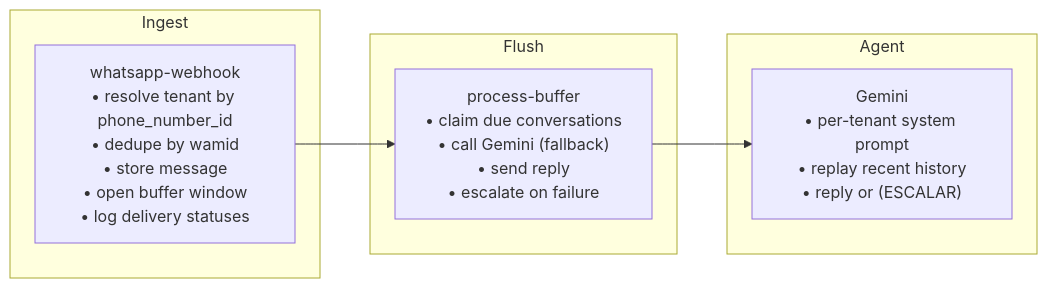
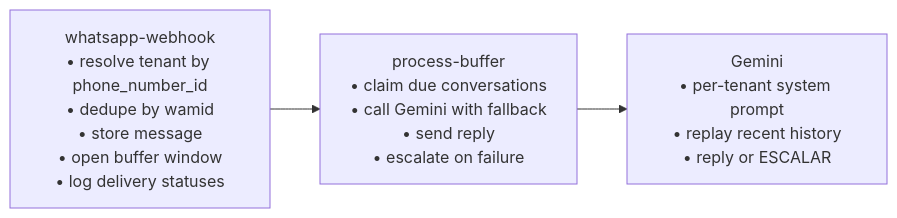
One commit to brunoSlacerda/orocatto-architecture changed the fourth of 4 diagrams in docs/diagrams.md. Above: the diagram before and after it, drawn with Mermaid. The commit also changed other lines of this file, not shown here.

Commit message:
diagrams

````diff
--- a/docs/diagrams.md
+++ b/docs/diagrams.md
@@ -96,14 +84,8 @@
 ```mermaid
 flowchart LR
-    subgraph Ingest
-        WH["whatsapp-webhook<br/>• resolve tenant by phone_number_id<br/>• dedupe by wamid<br/>• store message<br/>• open buffer window<br/>• log delivery statuses"]
-    end
-    subgraph Flush
-        PB["process-buffer<br/>• claim due conversations<br/>• call Gemini (fallback)<br/>• send reply<br/>• escalate on failure"]
-    end
-    subgraph Agent
-        G["Gemini<br/>• per-tenant system prompt<br/>• replay recent history<br/>• reply or (ESCALAR)"]
-    end
+    WH["whatsapp-webhook<br/>• resolve tenant by phone_number_id<br/>• dedupe by wamid<br/>• store message<br/>• open buffer window<br/>• log delivery statuses"]
+    PB["process-buffer<br/>• claim due conversations<br/>• call Gemini with fallback<br/>• send reply<br/>• escalate on failure"]
+    G["Gemini<br/>• per-tenant system prompt<br/>• replay recent history<br/>• reply or ESCALAR"]
 
     WH --> PB --> G
 ```
````
